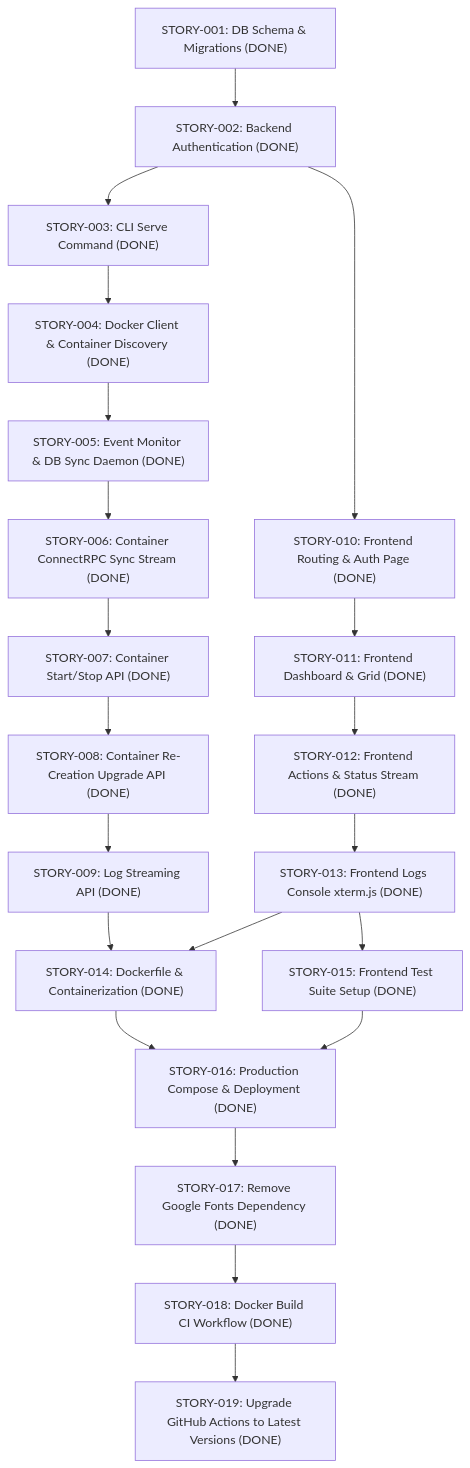
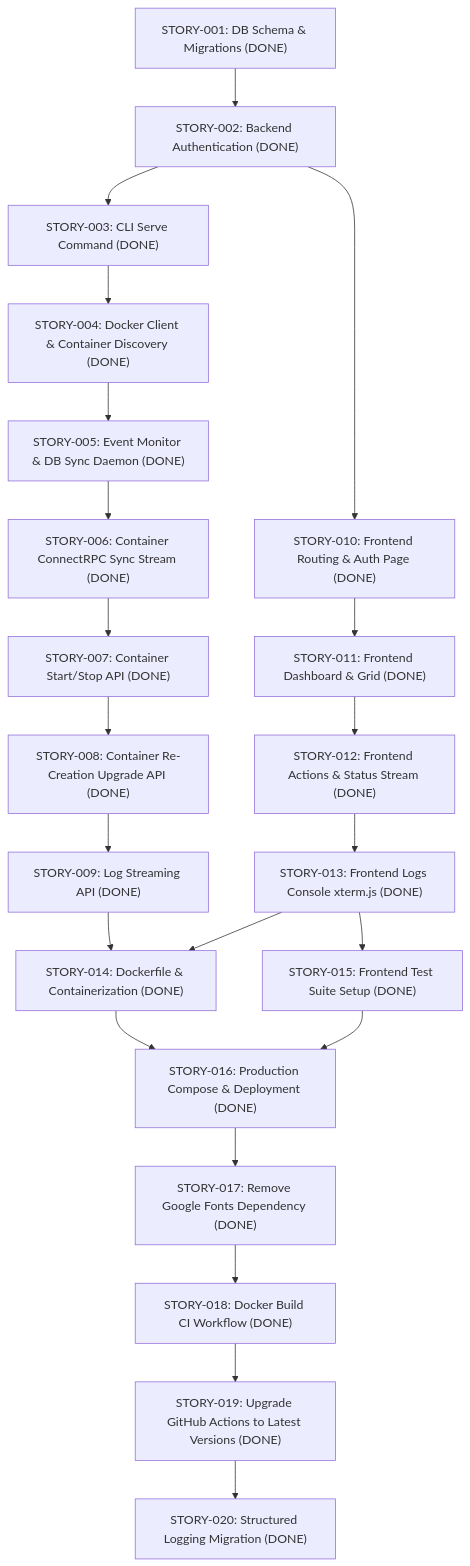
The diagram in docs/stories.md (noosxe/dmanager), drawn with Mermaid before and after one commit. The commit also changed other lines of this file and 9 other files, not shown here.

First line of the commit message:
feat: Migrate backend logging to slog structured logging (#40)

````diff
--- a/docs/stories.md
+++ b/docs/stories.md
@@ -5,23 +5,24 @@
 ```mermaid
 graph TD
     S1["STORY-001: DB Schema & Migrations (DONE)"] --> S2["STORY-002: Backend Authentication (DONE)"]
     S2 --> S3["STORY-003: CLI Serve Command (DONE)"]
     S3 --> S4["STORY-004: Docker Client & Container Discovery (DONE)"]
     S4 --> S5["STORY-005: Event Monitor & DB Sync Daemon (DONE)"]
     S5 --> S6["STORY-006: Container ConnectRPC Sync Stream (DONE)"]
     S6 --> S7["STORY-007: Container Start/Stop API (DONE)"]
     S7 --> S8["STORY-008: Container Re-Creation Upgrade API (DONE)"]
     S8 --> S9["STORY-009: Log Streaming API (DONE)"]
     S2 --> F1["STORY-010: Frontend Routing & Auth Page (DONE)"]
     F1 --> F2["STORY-011: Frontend Dashboard & Grid (DONE)"]
     F2 --> F3["STORY-012: Frontend Actions & Status Stream (DONE)"]
     F3 --> F4["STORY-013: Frontend Logs Console xterm.js (DONE)"]
     S9 --> S14["STORY-014: Dockerfile & Containerization (DONE)"]
     F4 --> S14
     F4 --> F5["STORY-015: Frontend Test Suite Setup (DONE)"]
     S14 --> S16["STORY-016: Production Compose & Deployment (DONE)"]
     F5 --> S16
     S16 --> F17["STORY-017: Remove Google Fonts Dependency (DONE)"]
     F17 --> S18["STORY-018: Docker Build CI Workflow (DONE)"]
     S18 --> S19["STORY-019: Upgrade GitHub Actions to Latest Versions (DONE)"]
+    S19 --> S20["STORY-020: Structured Logging Migration (DONE)"]
 ```
````
